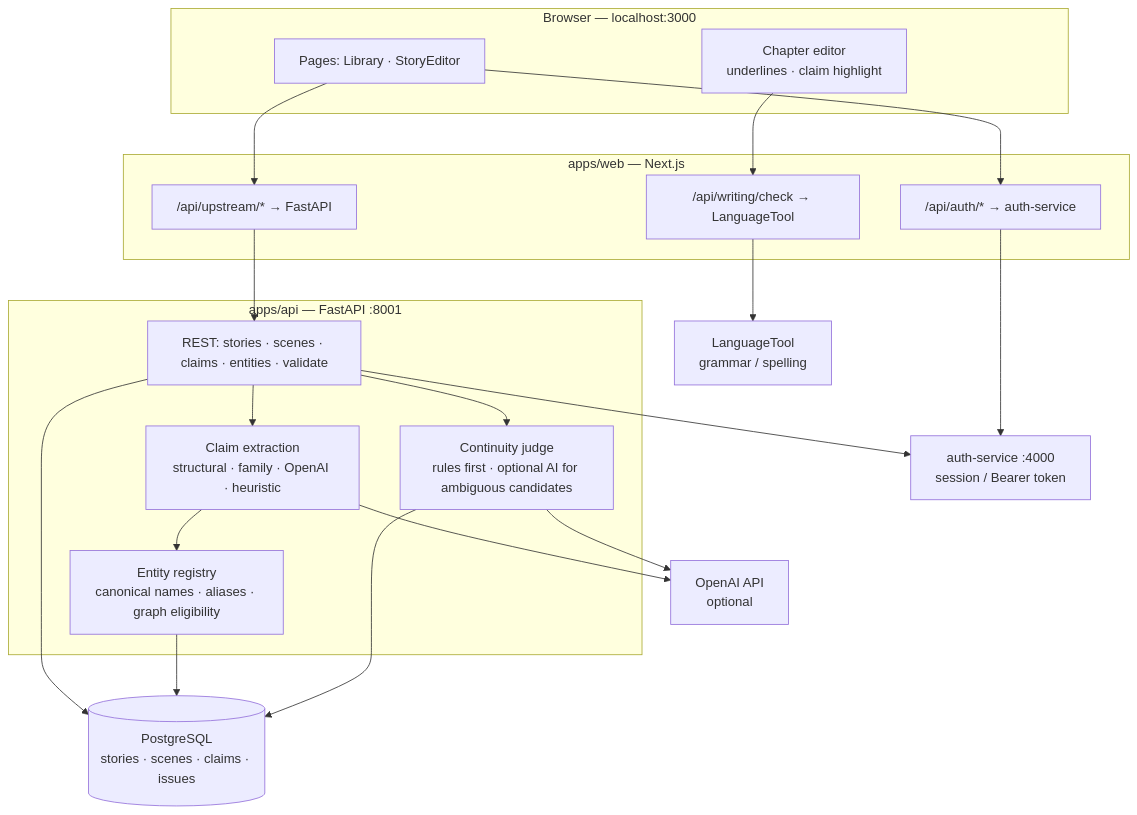
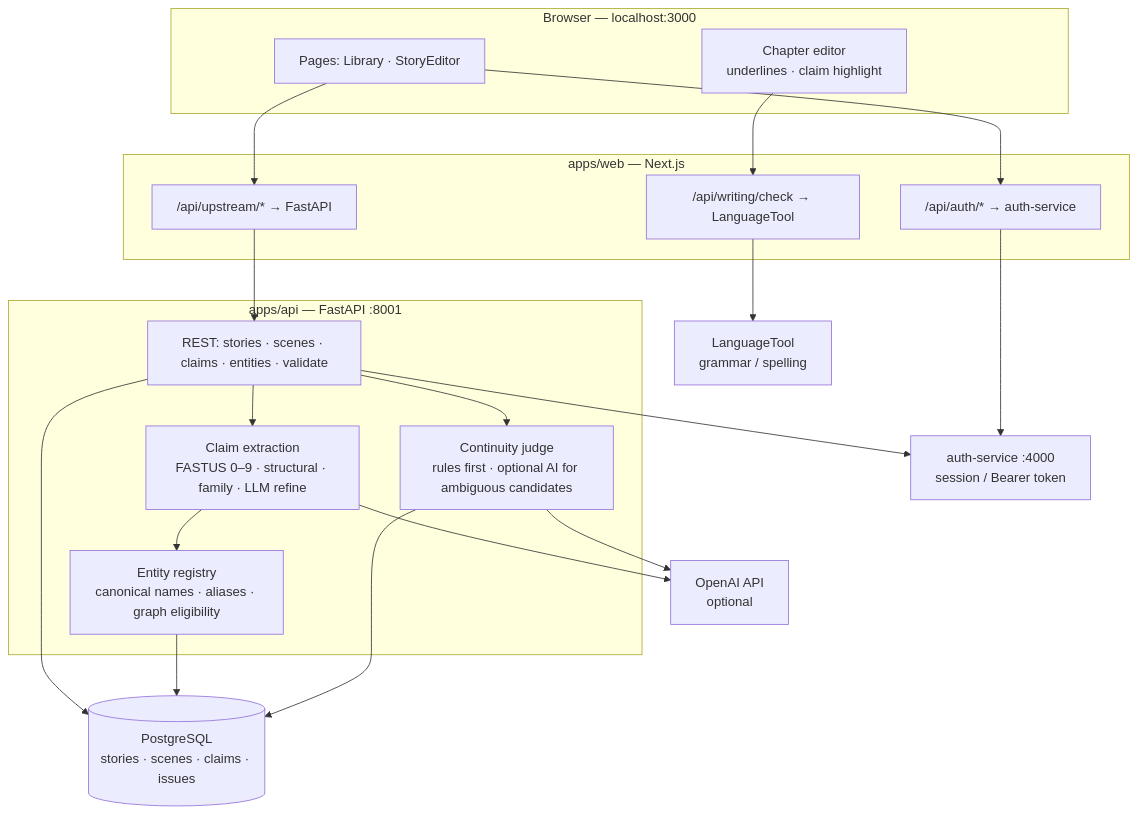
One commit to niharika06oct/inferStories changed the first of 3 diagrams in README.md. Above: the diagram before and after it, drawn with Mermaid. The commit also changed other lines of this file and 67 other files, not shown here.

First line of the commit message:
Ship FASTUS stages 0–9 and document LLM integration options.

````diff
--- a/README.md
+++ b/README.md
@@ -195,35 +227,35 @@
 ```mermaid
 flowchart TB
     subgraph Browser["Browser — localhost:3000"]
         Pages["Pages: Library · StoryEditor"]
         Editor["Chapter editor<br/>underlines · claim highlight"]
     end
 
     subgraph Web["apps/web — Next.js"]
         Upstream["/api/upstream/* → FastAPI"]
         AuthRoute["/api/auth/* → auth-service"]
         LTProxy["/api/writing/check → LanguageTool"]
     end
 
     subgraph Backend["apps/api — FastAPI :8001"]
         API["REST: stories · scenes · claims · entities · validate"]
-        Extract["Claim extraction<br/>structural · family · OpenAI · heuristic"]
+        Extract["Claim extraction<br/>FASTUS 0–9 · structural · family · LLM refine"]
         Registry["Entity registry<br/>canonical names · aliases · graph eligibility"]
         Canon["Continuity judge<br/>rules first · optional AI for ambiguous candidates"]
     end
 
     AuthSvc["auth-service :4000<br/>session / Bearer token"]
     DB[(PostgreSQL<br/>stories · scenes · claims · issues)]
     OpenAI["OpenAI API<br/>optional"]
     LT["LanguageTool<br/>grammar / spelling"]
 
     Pages --> Upstream --> API
     Pages --> AuthRoute --> AuthSvc
     Editor --> LTProxy --> LT
     API --> AuthSvc
     API --> DB
     API --> Extract --> Registry --> DB
     API --> Canon --> DB
     Extract --> OpenAI
     Canon --> OpenAI
 ```
````
